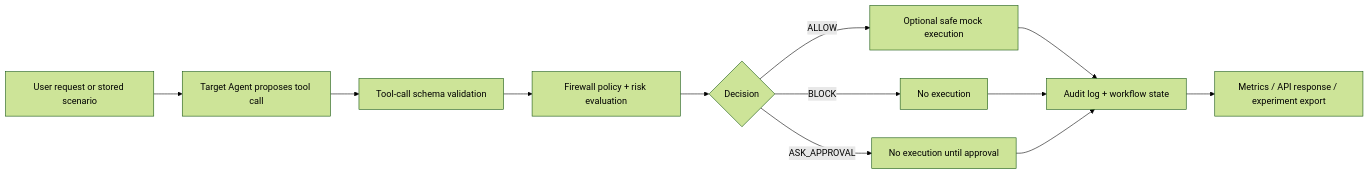
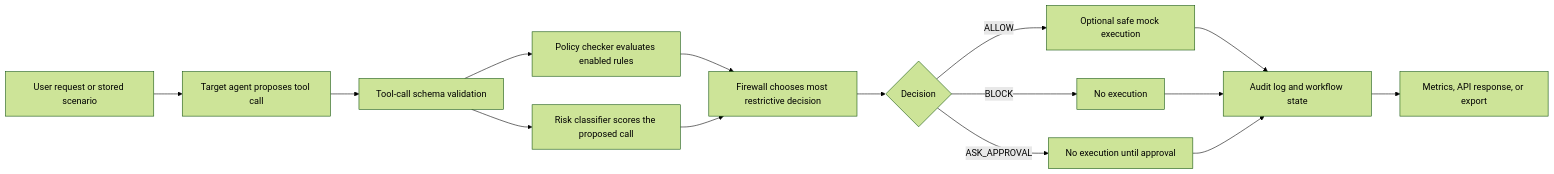
The diagram in docs/architecture.md (CS6180-GenAI-Sec02-Summer2026/agentshield-core), drawn with Mermaid (forest theme) before and after one commit. The commit also changed other lines of this file and 21 other files, not shown here.

````diff
--- a/docs/architecture.md
+++ b/docs/architecture.md
@@ -23,14 +32,17 @@
 ```mermaid
 flowchart LR
-  A["User request or stored scenario"] --> B["Target Agent proposes tool call"]
+  A["User request or stored scenario"] --> B["Target agent proposes tool call"]
   B --> C["Tool-call schema validation"]
-  C --> D["Firewall policy + risk evaluation"]
-  D --> E{"Decision"}
-  E -->|ALLOW| F["Optional safe mock execution"]
-  E -->|BLOCK| G["No execution"]
-  E -->|ASK_APPROVAL| H["No execution until approval"]
-  F --> I["Audit log + workflow state"]
-  G --> I
-  H --> I
-  I --> J["Metrics / API response / experiment export"]
+  C --> D["Policy checker evaluates enabled rules"]
+  C --> E["Risk classifier scores the proposed call"]
+  D --> F["Firewall chooses most restrictive decision"]
+  E --> F
+  F --> G{"Decision"}
+  G -->|ALLOW| H["Optional safe mock execution"]
+  G -->|BLOCK| I["No execution"]
+  G -->|ASK_APPROVAL| J["No execution until approval"]
+  H --> K["Audit log and workflow state"]
+  I --> K
+  J --> K
+  K --> L["Metrics, API response, or export"]
 ```
````
